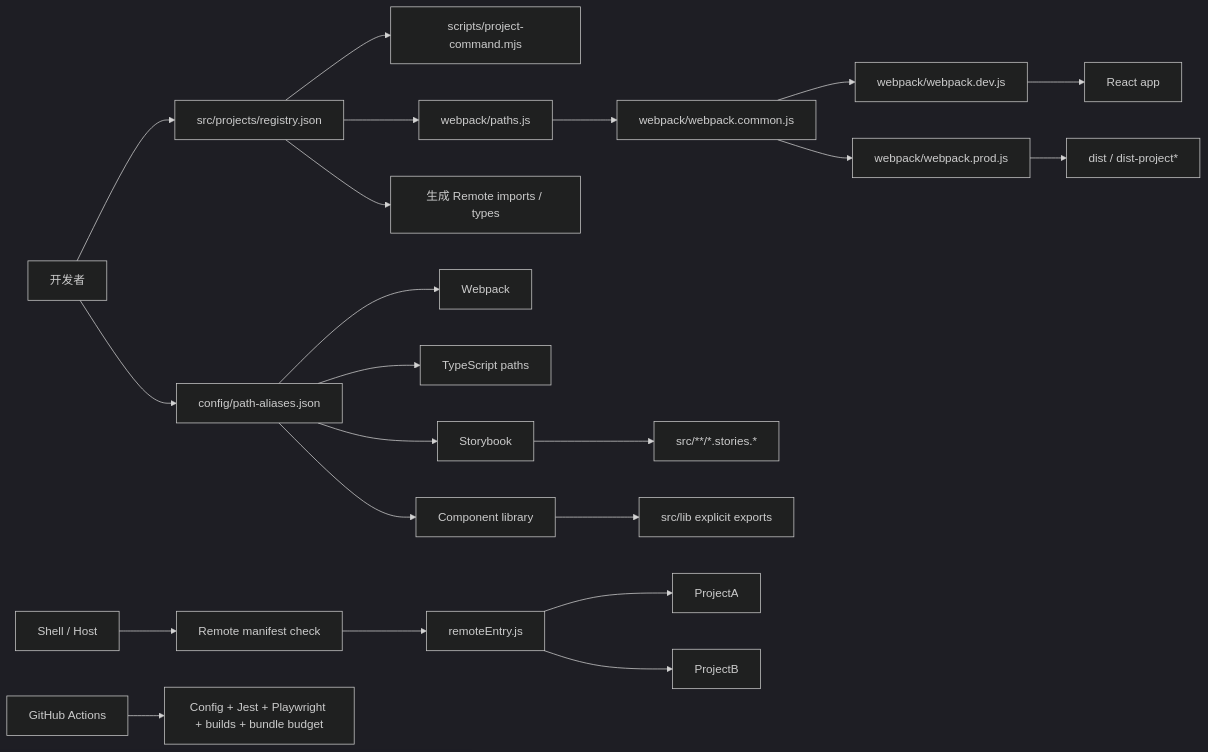
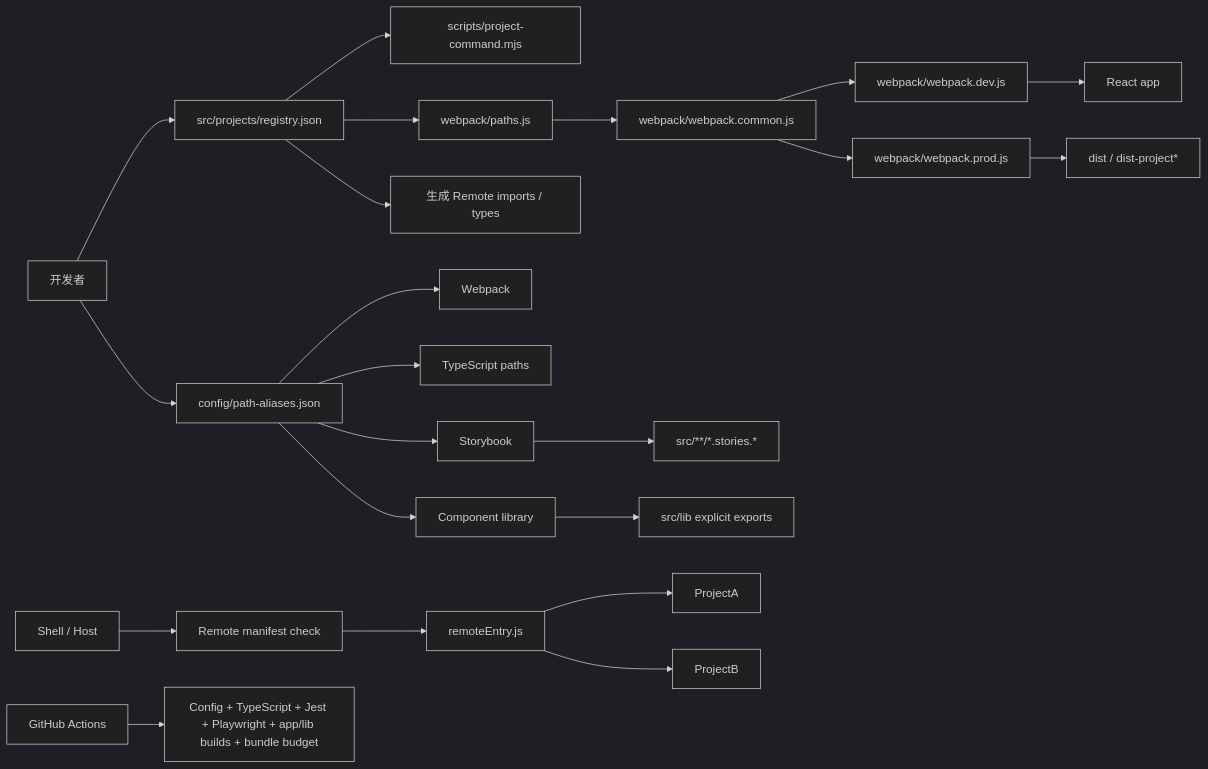
One commit to wkylin/pro-react-admin changed the diagram in docs/ARCHITECTURE.md. Above: the diagram before and after it, drawn with Mermaid (dark theme). The commit also changed other lines of this file and 148 other files, not shown here.

````diff
--- a/docs/ARCHITECTURE.md
+++ b/docs/ARCHITECTURE.md
@@ -7,24 +7,24 @@
 ```mermaid
 flowchart LR
   Dev[开发者] --> Registry[src/projects/registry.json]
   Dev --> AliasManifest[config/path-aliases.json]
   Registry --> Commands[scripts/project-command.mjs]
   Registry --> WebpackPaths[webpack/paths.js]
   Registry --> MfeContracts[生成 Remote imports / types]
   AliasManifest --> Webpack[Webpack]
   AliasManifest --> TypeScript[TypeScript paths]
   AliasManifest --> Storybook[Storybook]
   AliasManifest --> Library[Component library]
   WebpackPaths --> Common[webpack/webpack.common.js]
   Common --> DevConfig[webpack/webpack.dev.js]
   Common --> ProdConfig[webpack/webpack.prod.js]
   DevConfig --> App[React app]
   ProdConfig --> Artifacts[dist / dist-project*]
   Shell[Shell / Host] --> Manifest[Remote manifest check]
   Manifest --> RemoteEntry[remoteEntry.js]
   RemoteEntry --> RemoteA[ProjectA]
   RemoteEntry --> RemoteB[ProjectB]
   Storybook --> Stories[src/**/*.stories.*]
   Library --> PublicAPI[src/lib explicit exports]
-  CI[GitHub Actions] --> Gates[Config + Jest + Playwright + builds + bundle budget]
+  CI[GitHub Actions] --> Gates[Config + TypeScript + Jest + Playwright + app/lib builds + bundle budget]
 ```
````
